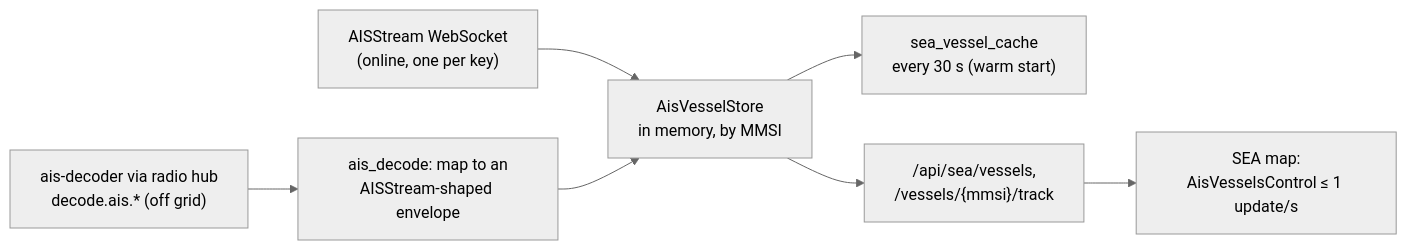
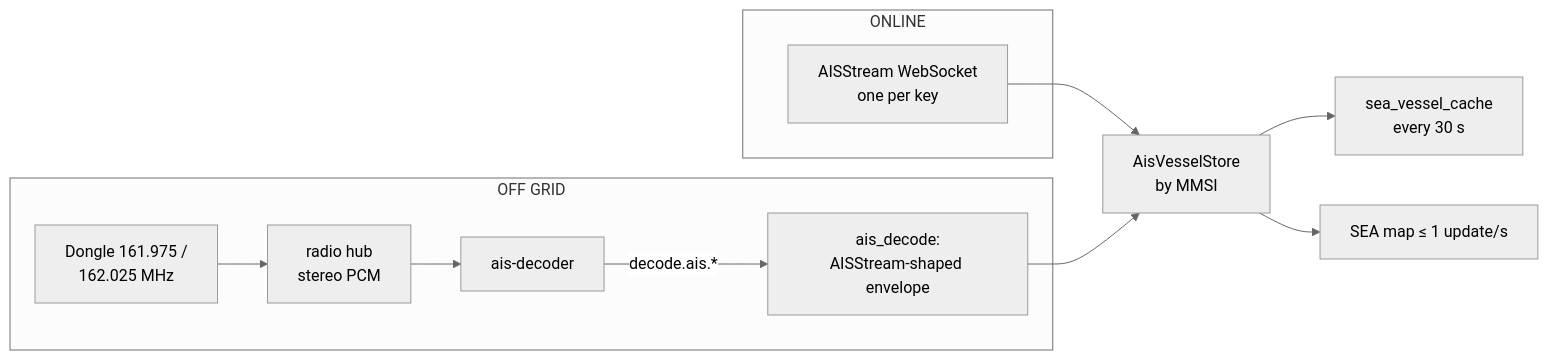
One commit to barrygee/Sentinel changed the third of 5 diagrams in docs/architecture/data-flows.md. Above: the diagram before and after it, drawn with Mermaid (neutral theme). The commit also changed other lines of this file and 37 other files, not shown here.

````diff
--- a/docs/architecture/data-flows.md
+++ b/docs/architecture/data-flows.md
@@ -65,10 +60,16 @@
 ```mermaid
 flowchart LR
-    ais["AISStream WebSocket<br/>(online, one per key)"] --> store
-    dec["ais-decoder via radio hub<br/>decode.ais.* (off grid)"] --> adapter["ais_decode: map to an<br/>AISStream-shaped envelope"]
-    adapter --> store["AisVesselStore<br/>in memory, by MMSI"]
-    store --> snap["sea_vessel_cache<br/>every 30 s (warm start)"]
-    store --> api["/api/sea/vessels,<br/>/vessels/{mmsi}/track"]
-    api --> map["SEA map:<br/>AisVesselsControl ≤ 1 update/s"]
-    class store accent
+    subgraph seaOnline["ONLINE"]
+        aisstream["AISStream WebSocket<br/>one per key"]
+    end
+    subgraph seaOffgrid["OFF GRID"]
+        dongle["Dongle 161.975 /<br/>162.025 MHz"] --> hub["radio hub<br/>stereo PCM"] --> dec["ais-decoder"]
+        dec -- "decode.ais.*" --> adapter["ais_decode:<br/>AISStream-shaped envelope"]
+    end
+    aisstream --> store["AisVesselStore<br/>by MMSI"]
+    adapter --> store
+    store --> snap["sea_vessel_cache<br/>every 30 s"]
+    store --> map["SEA map ≤ 1 update/s"]
+    class seaOnline online
+    class seaOffgrid offgrid
 ```
````
